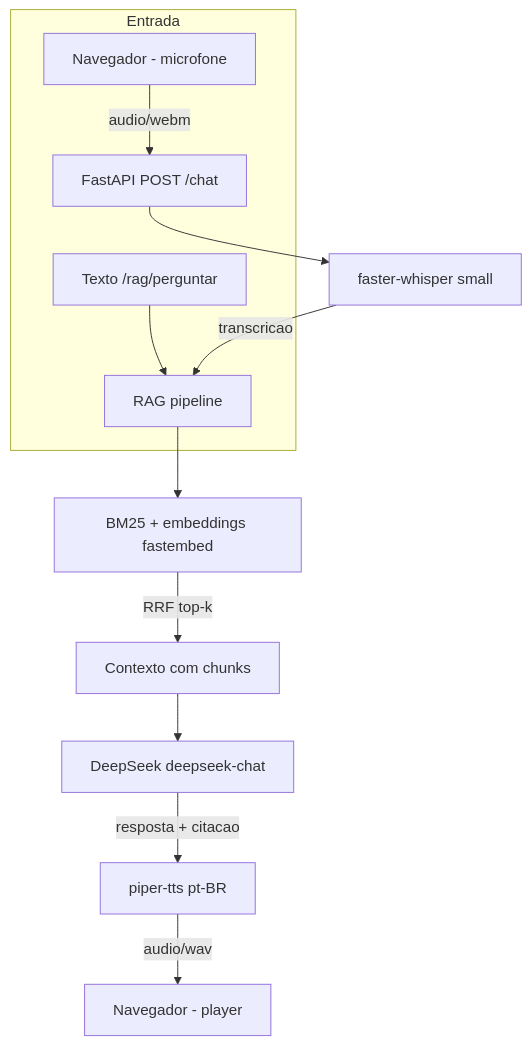
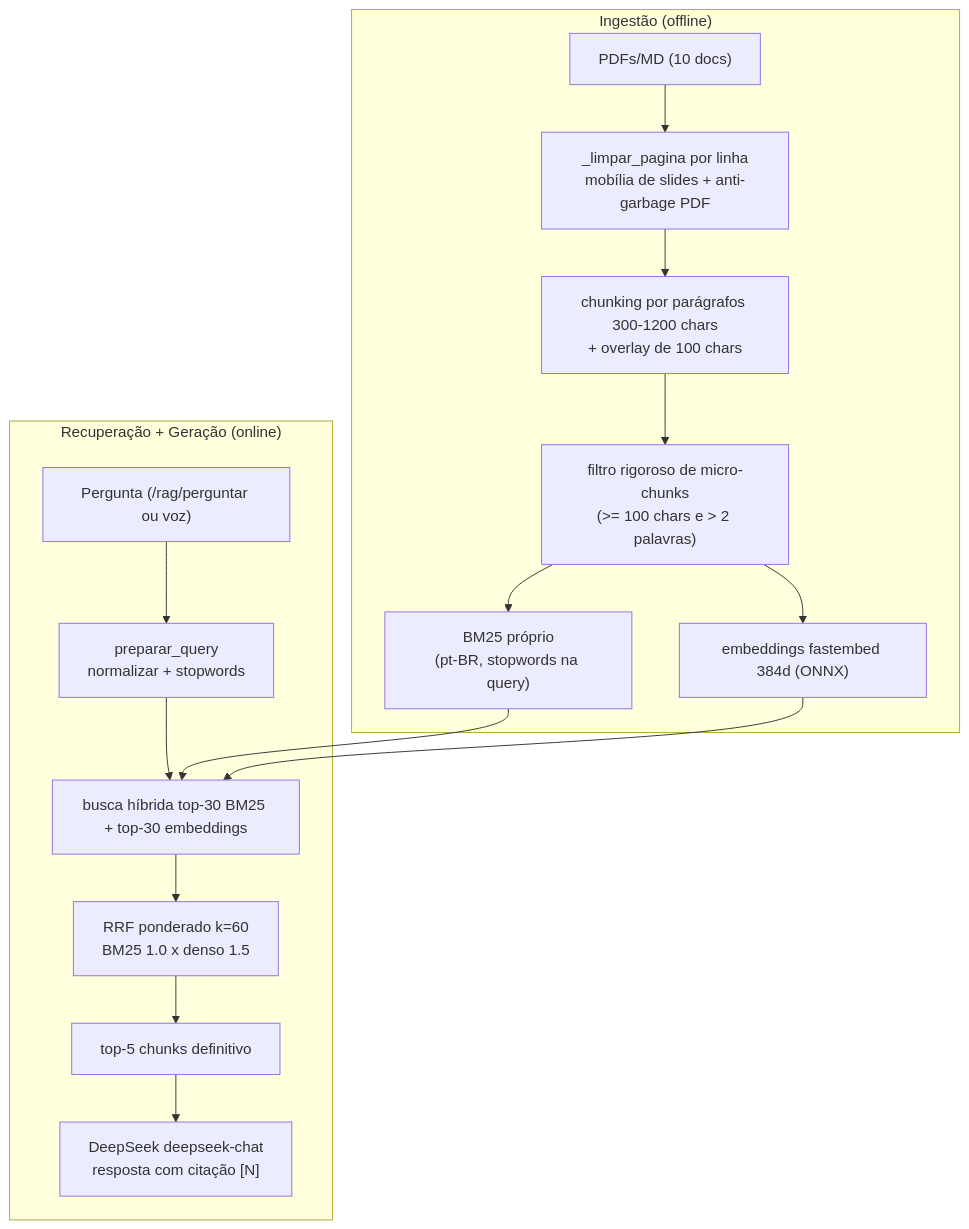
Before and after one commit to rafaelang/proj-master--iag-llm-2025-2-puc-rio-final: the second of 2 diagrams in README.md, drawn with Mermaid. The commit also changed other lines of this file and 6 other files, not shown here.

Commit message:
v0.2 - FINAL: ingestao anti-garbage + overlay/filtro micro no chunking; retrieval Recall@5=1.000/MRR=0.969; docs/README atualizados

````diff
--- a/README.md
+++ b/README.md
@@ -159,14 +159,19 @@
 ```mermaid
 flowchart TB
-    subgraph Entrada
-        A[Navegador - microfone] -->|audio/webm| B[FastAPI POST /chat]
-        C[Texto /rag/perguntar] --> D[RAG pipeline]
+    subgraph INGESTAO["Ingestão (offline)"]
+        A["PDFs/MD (10 docs)"] --> B["_limpar_pagina por linha<br/>mobília de slides + anti-garbage PDF"]
+        B --> C["chunking por parágrafos 300-1200 chars<br/>+ overlay de 100 chars"]
+        C --> D["filtro rigoroso de micro-chunks<br/>(>= 100 chars e > 2 palavras)"]
+        D --> E1["BM25 próprio<br/>(pt-BR, stopwords na query)"]
+        D --> E2["embeddings fastembed 384d (ONNX)"]
     end
-    B --> E[faster-whisper small]
-    E -->|transcricao| D
-    D --> F[BM25 + embeddings fastembed]
-    F -->|RRF top-k| G[Contexto com chunks]
-    G --> H[DeepSeek deepseek-chat]
-    H -->|resposta + citacao| I[piper-tts pt-BR]
-    I -->|audio/wav| J[Navegador - player]
+    subgraph ONLINE["Recuperação + Geração (online)"]
+        P["Pergunta (/rag/perguntar ou voz)"] --> F["preparar_query<br/>normalizar + stopwords"]
+        F --> G["busca híbrida top-30 BM25 + top-30 embeddings"]
+        G --> H["RRF ponderado k=60<br/>BM25 1.0 x denso 1.5"]
+        H --> I["top-5 chunks definitivo"]
+        I --> J["DeepSeek deepseek-chat<br/>resposta com citação [N]"]
+    end
+    E1 --> G
+    E2 --> G
 ```
````
